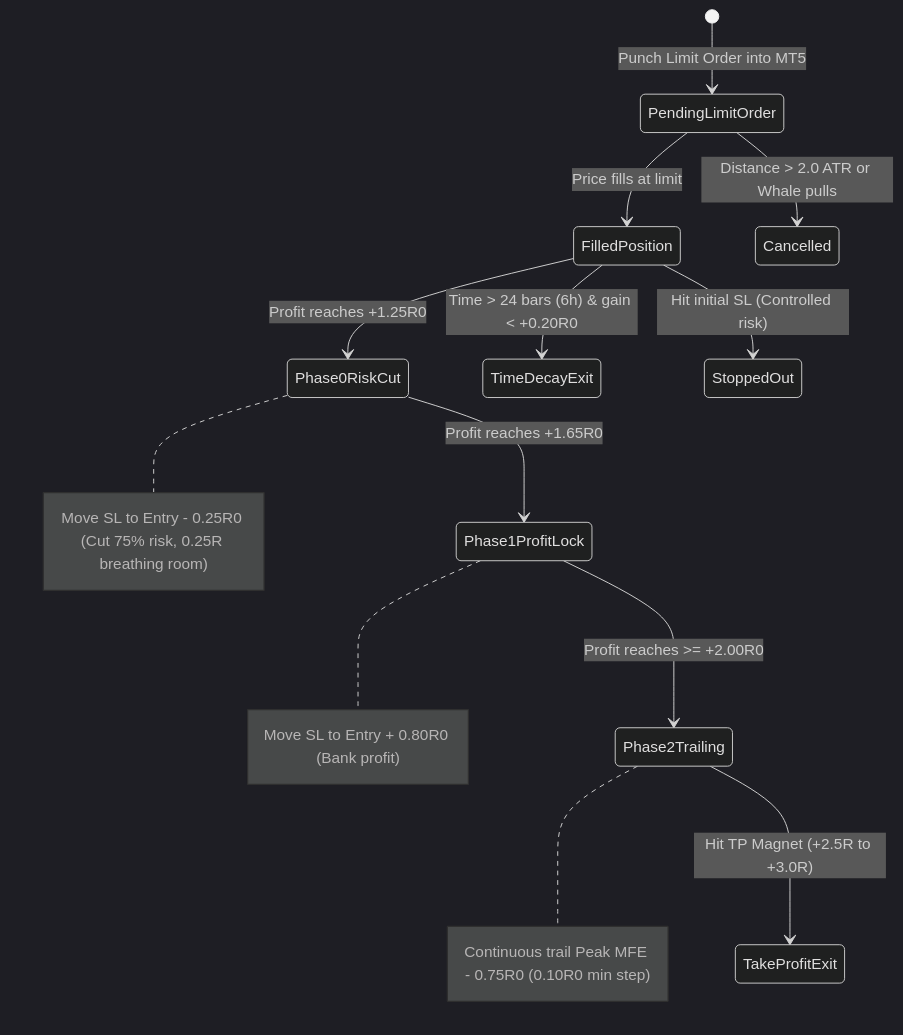
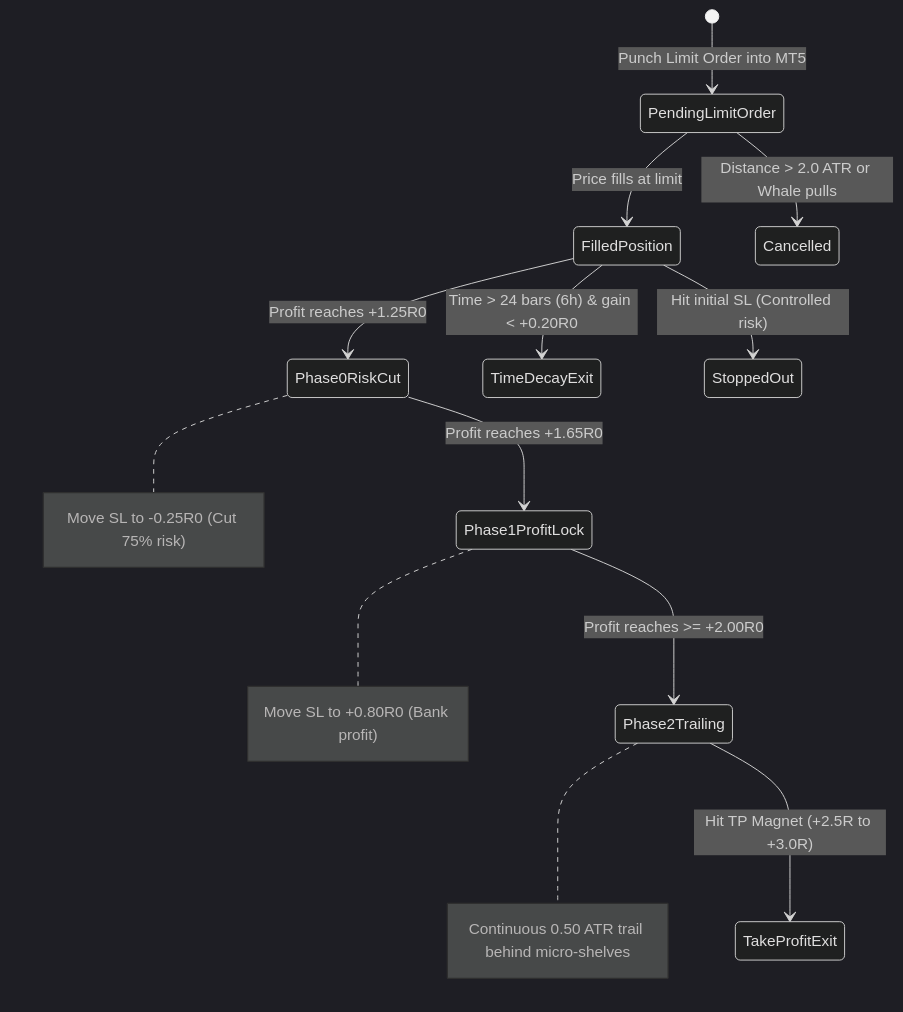
The third of 5 diagrams in docs/Mandatory_Rules/STANDARDIZED_TRADING_DECISION_CHAIN.md (kbsingh1399/Trading_2), drawn with Mermaid (dark theme) before and after one commit. The commit also changed other lines of this file and 58 other files, not shown here.

````diff
--- a/docs/Mandatory_Rules/STANDARDIZED_TRADING_DECISION_CHAIN.md
+++ b/docs/Mandatory_Rules/STANDARDIZED_TRADING_DECISION_CHAIN.md
@@ -327,19 +328,19 @@
 ```mermaid
 stateDiagram-v2
     [*] --> PendingLimitOrder: Punch Limit Order into MT5
     PendingLimitOrder --> FilledPosition: Price fills at limit
     PendingLimitOrder --> Cancelled: Distance > 2.0 ATR or Whale pulls
     
     FilledPosition --> Phase0RiskCut: Profit reaches +1.25R0
-    note right of Phase0RiskCut: Move SL to Entry - 0.25R0 (Cut 75% risk, 0.25R breathing room)
+    note right of Phase0RiskCut: Move SL to -0.25R0 (Cut 75% risk)
     
     Phase0RiskCut --> Phase1ProfitLock: Profit reaches +1.65R0
-    note right of Phase1ProfitLock: Move SL to Entry + 0.80R0 (Bank profit)
+    note right of Phase1ProfitLock: Move SL to +0.80R0 (Bank profit)
     
     Phase1ProfitLock --> Phase2Trailing: Profit reaches >= +2.00R0
-    note right of Phase2Trailing: Continuous trail Peak MFE - 0.75R0 (0.10R0 min step)
+    note right of Phase2Trailing: Continuous 0.50 ATR trail behind micro-shelves
     
     Phase2Trailing --> TakeProfitExit: Hit TP Magnet (+2.5R to +3.0R)
     FilledPosition --> TimeDecayExit: Time > 24 bars (6h) & gain < +0.20R0
     FilledPosition --> StoppedOut: Hit initial SL (Controlled risk)
 ```
````
